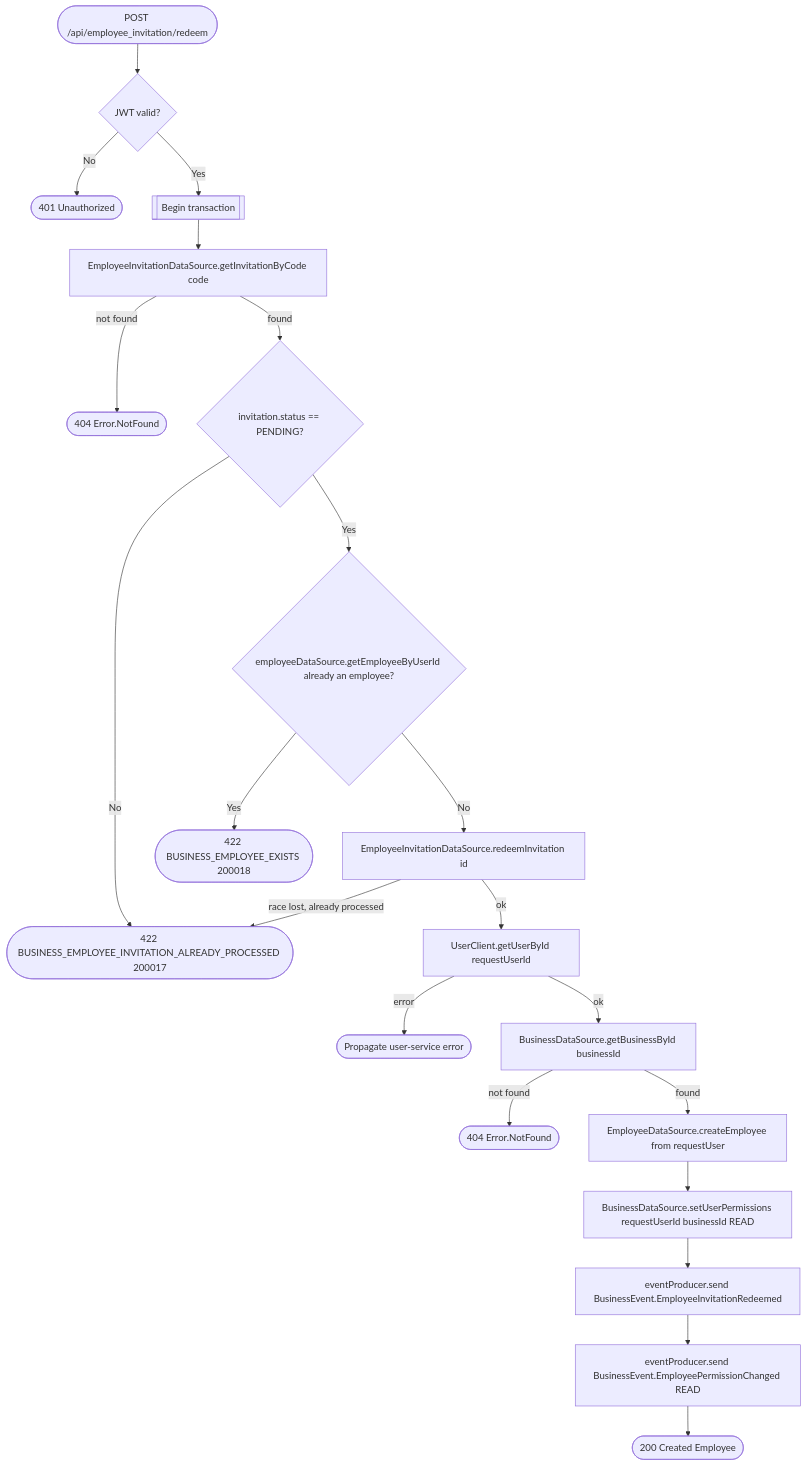
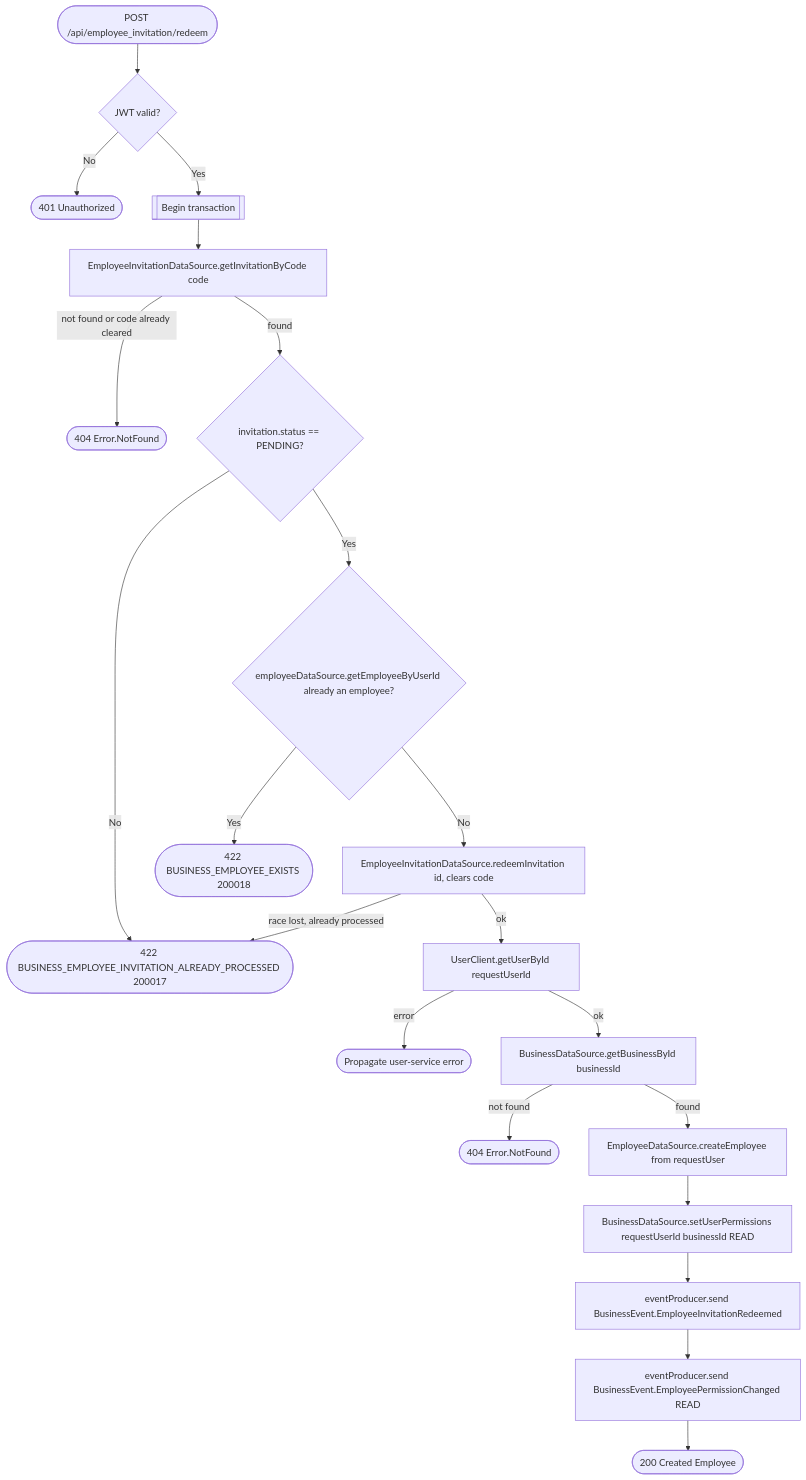
The diagram in docs/operations/business/join-business.md (an22/bookk.me-backend), drawn with Mermaid before and after one commit. The commit also changed other lines of this file and 13 other files, not shown here.

Commit message:
[bugfix] fix invite code collision

````diff
--- a/docs/operations/business/join-business.md
+++ b/docs/operations/business/join-business.md
@@ -11,23 +20,23 @@
 ```mermaid
 flowchart TD
     Start([POST /api/employee_invitation/redeem]) --> Auth{JWT valid?}
     Auth -- No --> R401([401 Unauthorized])
     Auth -- Yes --> Tx[[Begin transaction]]
     Tx --> GetInvite[EmployeeInvitationDataSource.getInvitationByCode code]
-    GetInvite -- not found --> R404a([404 Error.NotFound])
+    GetInvite -- not found or code already cleared --> R404a([404 Error.NotFound])
     GetInvite -- found --> Status{invitation.status == PENDING?}
     Status -- No --> R422a([422 BUSINESS_EMPLOYEE_INVITATION_ALREADY_PROCESSED 200017])
     Status -- Yes --> AlreadyEmployee{employeeDataSource.getEmployeeByUserId already an employee?}
     AlreadyEmployee -- Yes --> R422b([422 BUSINESS_EMPLOYEE_EXISTS 200018])
-    AlreadyEmployee -- No --> Redeem[EmployeeInvitationDataSource.redeemInvitation id]
+    AlreadyEmployee -- No --> Redeem[EmployeeInvitationDataSource.redeemInvitation id, clears code]
     Redeem -- race lost, already processed --> R422a
     Redeem -- ok --> GetUser[UserClient.getUserById requestUserId]
     GetUser -- error --> RErr([Propagate user-service error])
     GetUser -- ok --> GetBiz[BusinessDataSource.getBusinessById businessId]
     GetBiz -- not found --> R404b([404 Error.NotFound])
     GetBiz -- found --> CreateEmployee[EmployeeDataSource.createEmployee from requestUser]
     CreateEmployee --> SetPerm[BusinessDataSource.setUserPermissions requestUserId businessId READ]
     SetPerm --> Event[eventProducer.send BusinessEvent.EmployeeInvitationRedeemed]
     Event --> PermEvent[eventProducer.send BusinessEvent.EmployeePermissionChanged READ]
     PermEvent --> R200([200 Created Employee])
 ```
````
